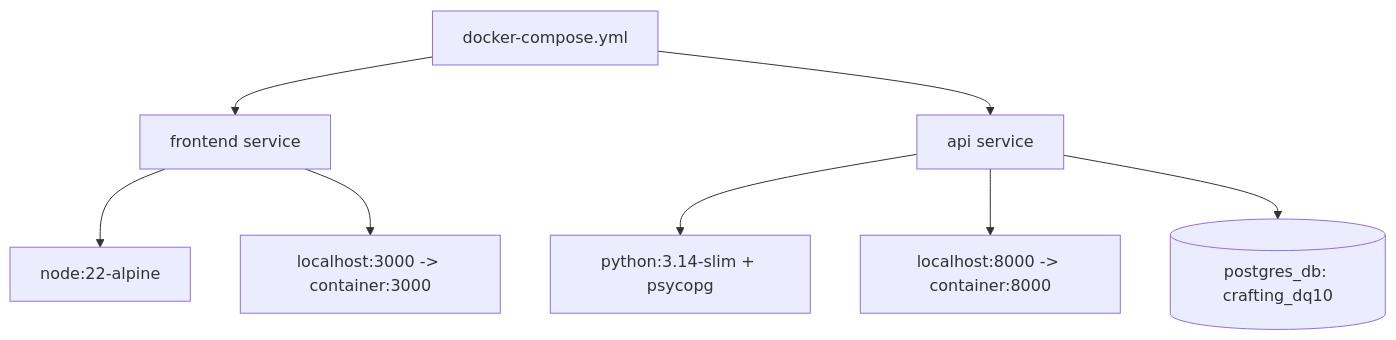
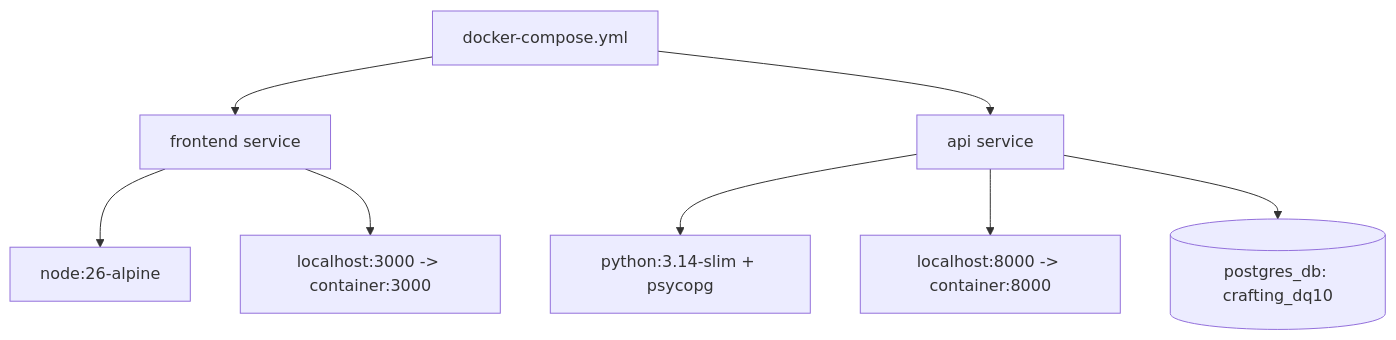
One commit to kwdch013/crafting_dq10 changed the second of 2 diagrams in docs/design/01-architecture.md. Above: the diagram before and after it, drawn with Mermaid. The commit also changed 1 other file, not shown here.

Commit message:
chore: Nodeテストと構成図のベースイメージをnode:26-alpineへ揃える
frontend/Dockerfile が node:26-alpine になったため、
「本番 Dockerfile と同じベースイメージで検証する」というCIの前提に合わせる。

Claude-Session: https://claude.ai/code/session_01A5Xp7xDy7PoQqLd2L2vjcu

````diff
--- a/docs/design/01-architecture.md
+++ b/docs/design/01-architecture.md
@@ -156,10 +156,10 @@
 ```mermaid
 flowchart TB
   Compose[docker-compose.yml] --> Front[frontend service]
   Compose --> Api[api service]
-  Front --> Node[node:22-alpine]
+  Front --> Node[node:26-alpine]
   Api --> Python[python:3.14-slim + psycopg]
   Front --> PortFront[localhost:3000 -> container:3000]
   Api --> PortApi[localhost:8000 -> container:8000]
   Api --> Db[(postgres_db: crafting_dq10)]
 ```
````
